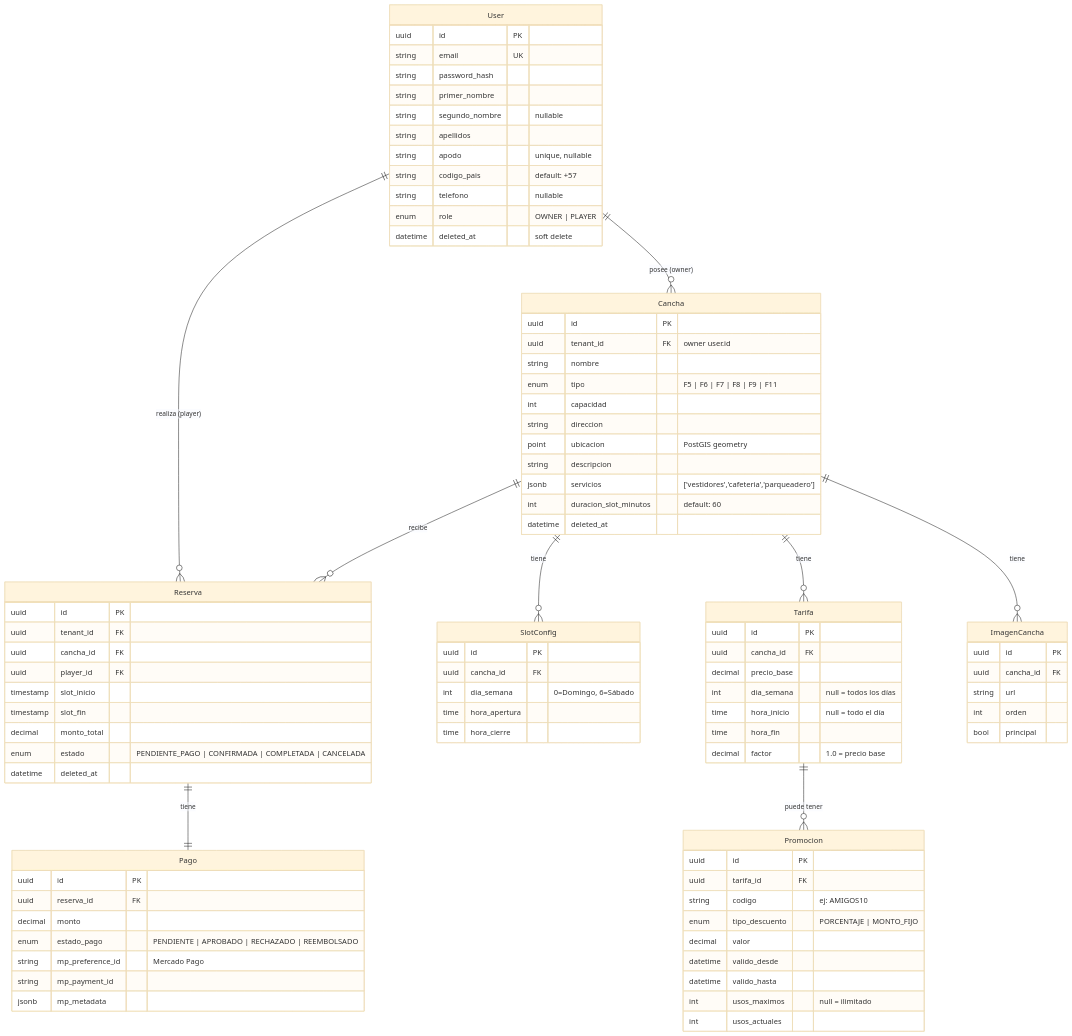
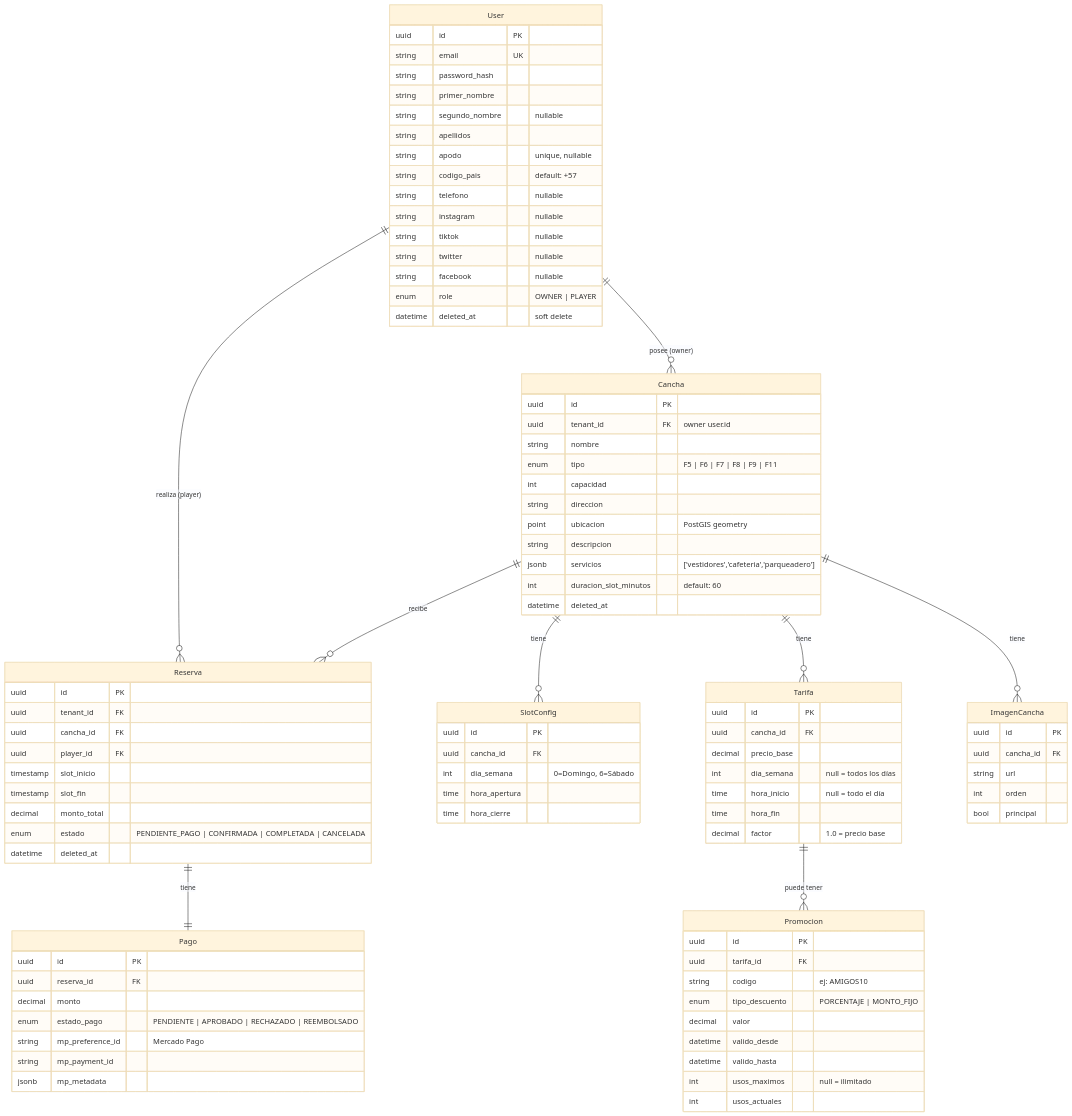
Before and after one commit to maoacr/sfs-docs: the diagram in src/content/docs/vision/data-model.mdx, drawn with Mermaid (base theme). The commit also changed other lines of this file, not shown here.

Commit message:
docs: add social media fields to User data model

```diff
--- a/src/content/docs/vision/data-model.mdx
+++ b/src/content/docs/vision/data-model.mdx
@@ -47,6 +47,10 @@
         string apodo "unique, nullable"
         string codigo_pais "default: +57"
         string telefono "nullable"
+        string instagram "nullable"
+        string tiktok "nullable"
+        string twitter "nullable"
+        string facebook "nullable"
         enum role "OWNER | PLAYER"
         datetime deleted_at "soft delete"
     }
```
